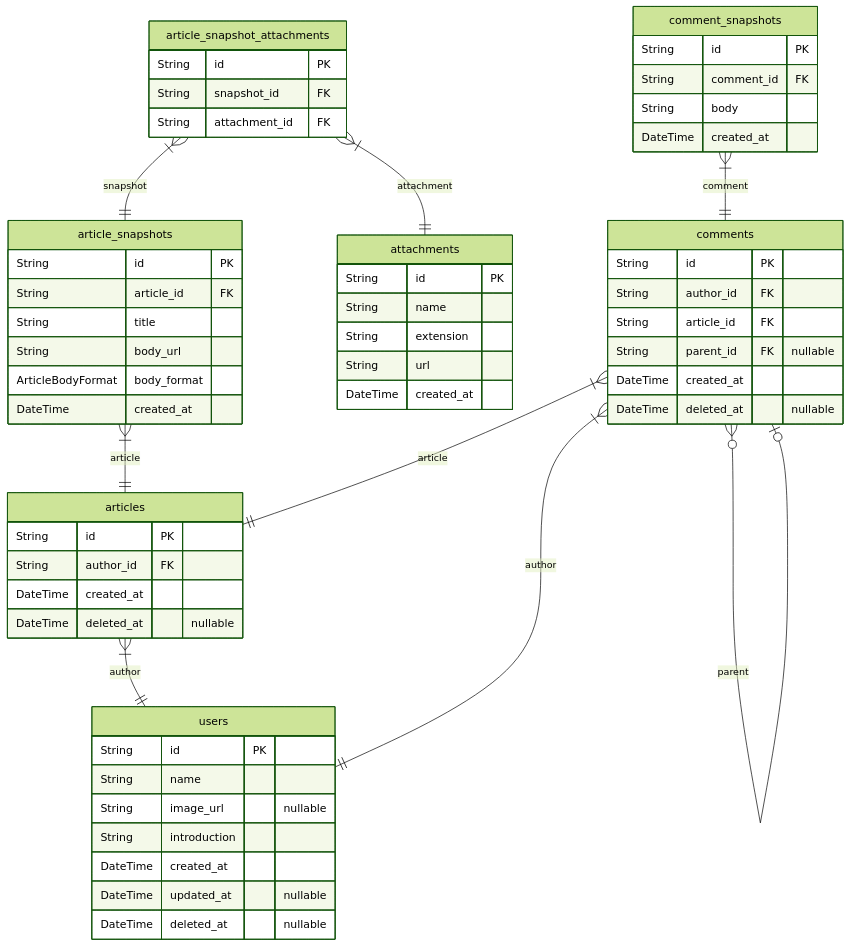
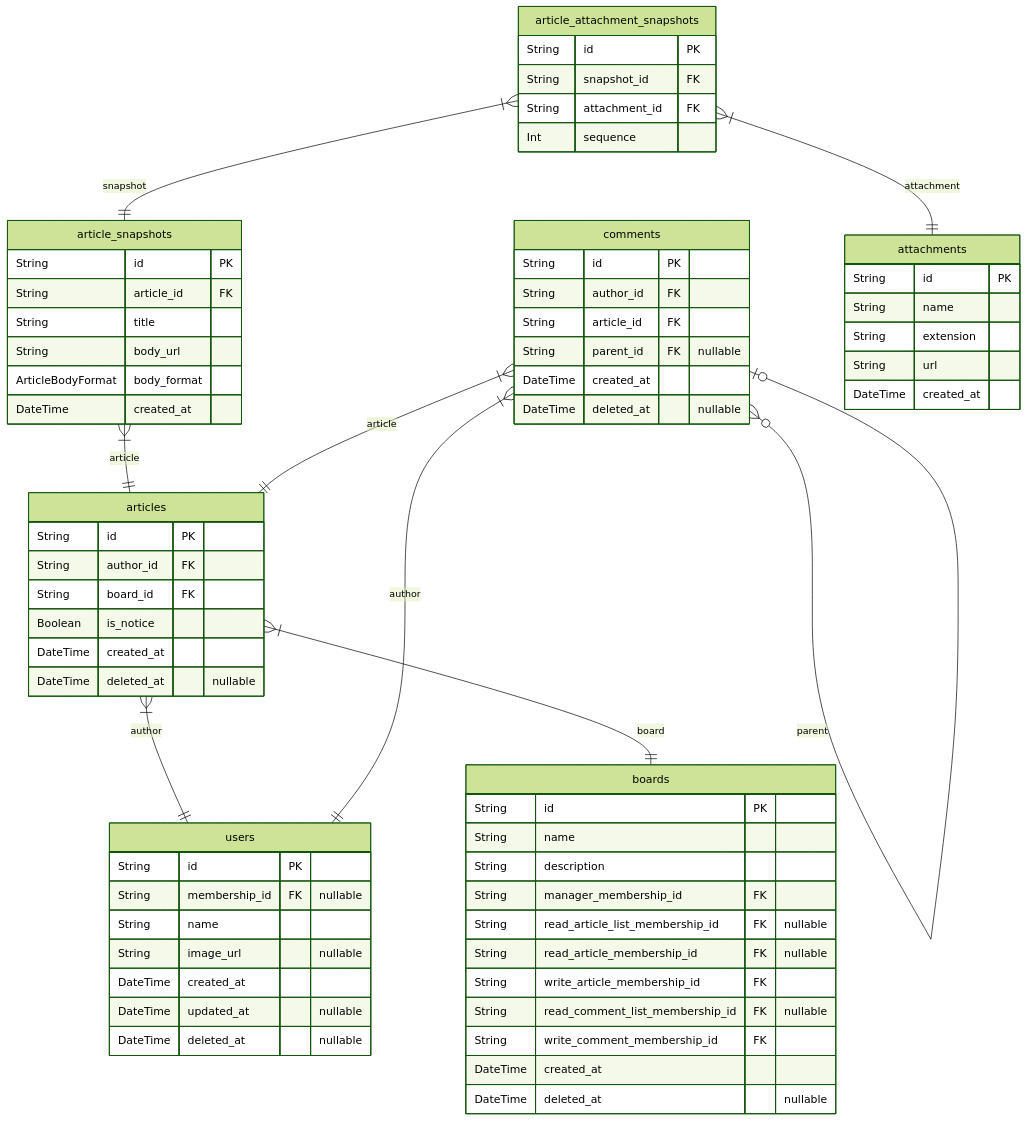
The fourth of 5 diagrams in ERD.md (rojiwon123/bbs), drawn with Mermaid (forest theme) before and after one commit. The commit also changed other lines of this file and 83 other files, not shown here.

````diff
--- a/ERD.md
+++ b/ERD.md
@@ -10,60 +690,70 @@
 ```mermaid
 erDiagram
 articles {
     String id PK
     String author_id FK
+    String board_id FK
+    Boolean is_notice
     DateTime created_at
     DateTime deleted_at "nullable"
 }
 article_snapshots {
     String id PK
     String article_id FK
     String title
     String body_url
     ArticleBodyFormat body_format
     DateTime created_at
 }
-article_snapshot_attachments {
+article_attachment_snapshots {
     String id PK
     String snapshot_id FK
     String attachment_id FK
+    Int sequence
 }
-attachments {
+boards {
     String id PK
     String name
-    String extension
-    String url
+    String description
+    String manager_membership_id FK
+    String read_article_list_membership_id FK "nullable"
+    String read_article_membership_id FK "nullable"
+    String write_article_membership_id FK
+    String read_comment_list_membership_id FK "nullable"
+    String write_comment_membership_id FK
     DateTime created_at
+    DateTime deleted_at "nullable"
 }
 comments {
     String id PK
     String author_id FK
     String article_id FK
     String parent_id FK "nullable"
     DateTime created_at
     DateTime deleted_at "nullable"
 }
-comment_snapshots {
+attachments {
     String id PK
-    String comment_id FK
-    String body
+    String name
+    String extension
+    String url
     DateTime created_at
 }
 users {
     String id PK
+    String membership_id FK "nullable"
     String name
     String image_url "nullable"
-    String introduction
     DateTime created_at
     DateTime updated_at "nullable"
     DateTime deleted_at "nullable"
 }
 articles }|--|| users : author
+articles }|--|| boards : board
 article_snapshots }|--|| articles : article
-article_snapshot_attachments }|--|| article_snapshots : snapshot
-article_snapshot_attachments }|--|| attachments : attachment
+article_attachment_snapshots }|--|| article_snapshots : snapshot
+article_attachment_snapshots }|--|| attachments : attachment
 comments }|--|| users : author
 comments }|--|| articles : article
 comments }o--o| comments : parent
-comment_snapshots }|--|| comments : comment
 ```
````
